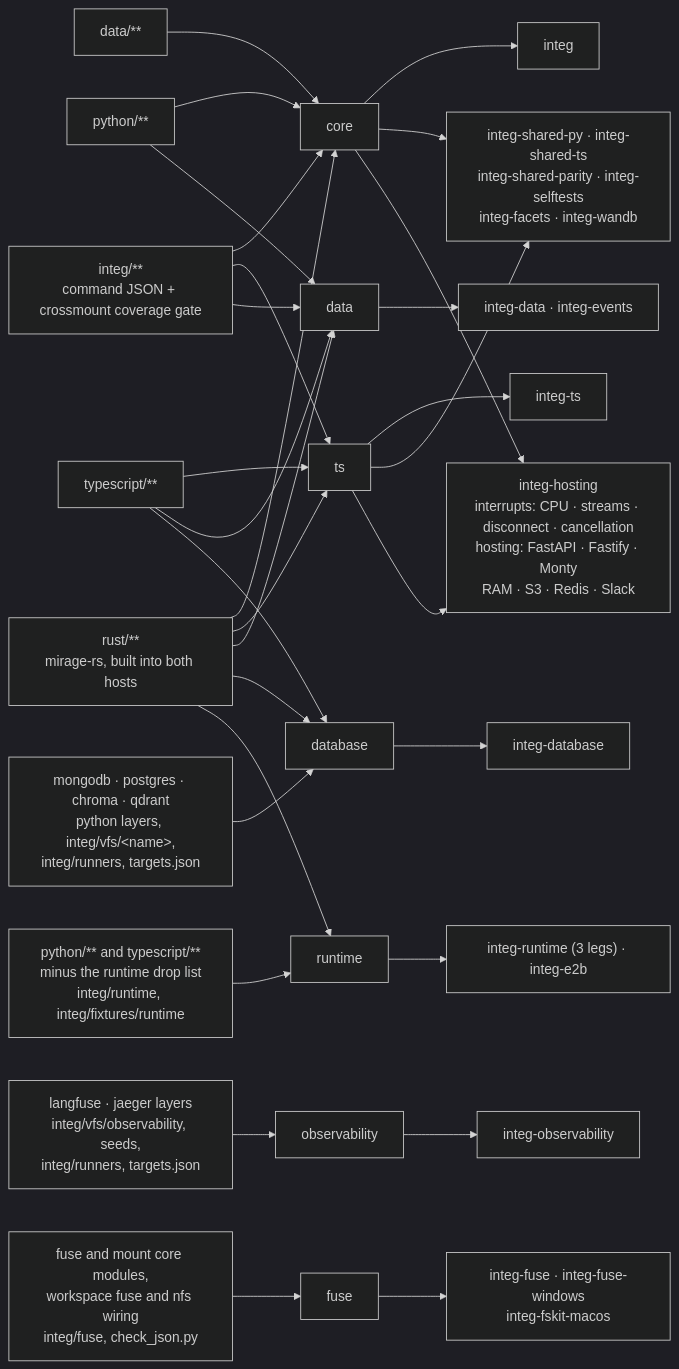
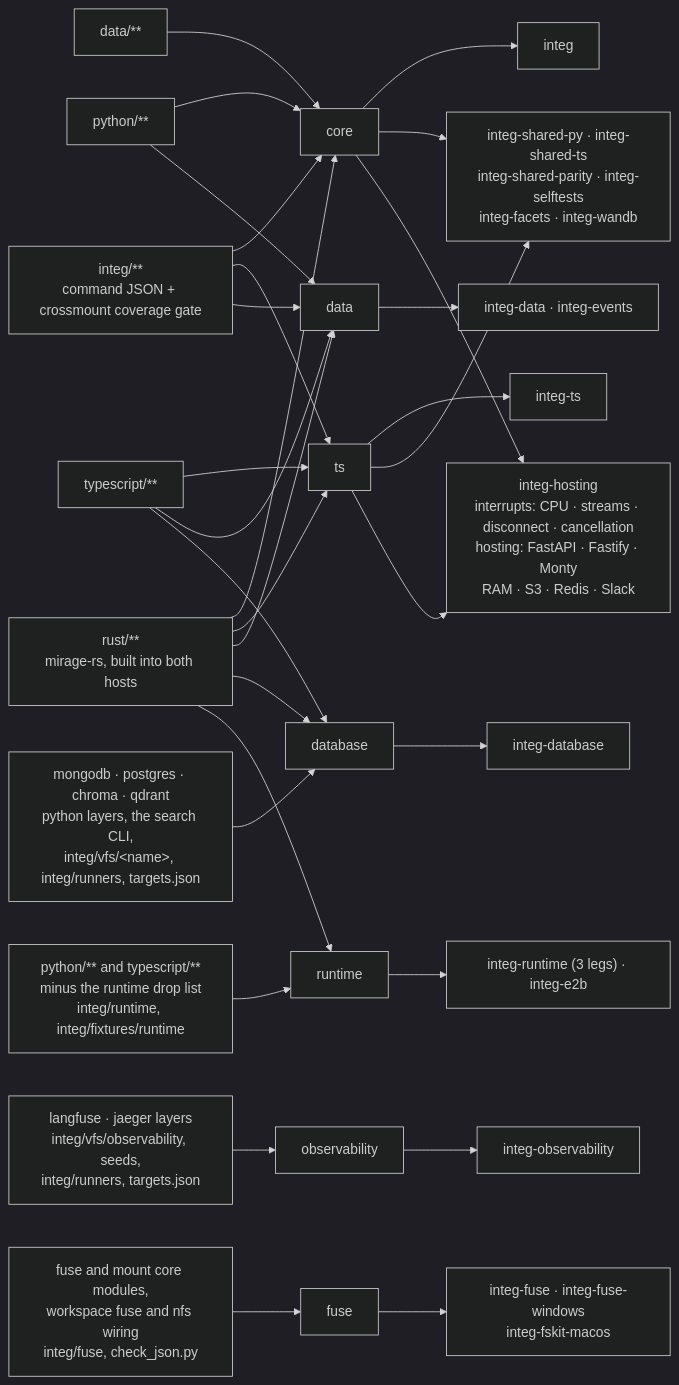
The diagram in integ/README.md (strukto-ai/mirage), drawn with Mermaid (dark theme) before and after one commit. The commit also changed other lines of this file and 18 other files, not shown here.

First line of the commit message:
fix(search): refuse options before listing, name the installed CLI

````diff
--- a/integ/README.md
+++ b/integ/README.md
@@ -236,21 +236,21 @@
 ```mermaid
 flowchart LR
     PY["python/**"] --> core & data
     TSX["typescript/**"] --> ts & data & database
     IN["integ/**<br/>command JSON + crossmount coverage gate"] --> core & ts & data
     D["data/**"] --> core
     RS["rust/**<br/>mirage-rs, built into both hosts"] --> core & ts & data & database & runtime
-    DB["mongodb · postgres · chroma · qdrant<br/>python layers, integ/vfs/&lt;name&gt;,<br/>integ/runners, targets.json"] --> database
+    DB["mongodb · postgres · chroma · qdrant<br/>python layers, the search CLI,<br/>integ/vfs/&lt;name&gt;, integ/runners, targets.json"] --> database
     OB["langfuse · jaeger layers<br/>integ/vfs/observability, seeds,<br/>integ/runners, targets.json"] --> observability
     FS["fuse and mount core modules,<br/>workspace fuse and nfs wiring<br/>integ/fuse, check_json.py"] --> fuse
     RT["python/** and typescript/**<br/>minus the runtime drop list<br/>integ/runtime, integ/fixtures/runtime"] --> runtime
     core --> J1["integ"]
     ts --> J2["integ-ts"]
     core & ts --> J3["integ-shared-py · integ-shared-ts<br/>integ-shared-parity · integ-selftests<br/>integ-facets · integ-wandb"]
     core & ts --> HOST["integ-hosting<br/>interrupts: CPU · streams · disconnect · cancellation<br/>hosting: FastAPI · Fastify · Monty<br/>RAM · S3 · Redis · Slack"]
     data --> J4["integ-data · integ-events"]
     database --> J5["integ-database"]
     observability --> J6["integ-observability"]
     fuse --> J7["integ-fuse · integ-fuse-windows<br/>integ-fskit-macos"]
     runtime --> J8["integ-runtime (3 legs) · integ-e2b"]
 ```
````
